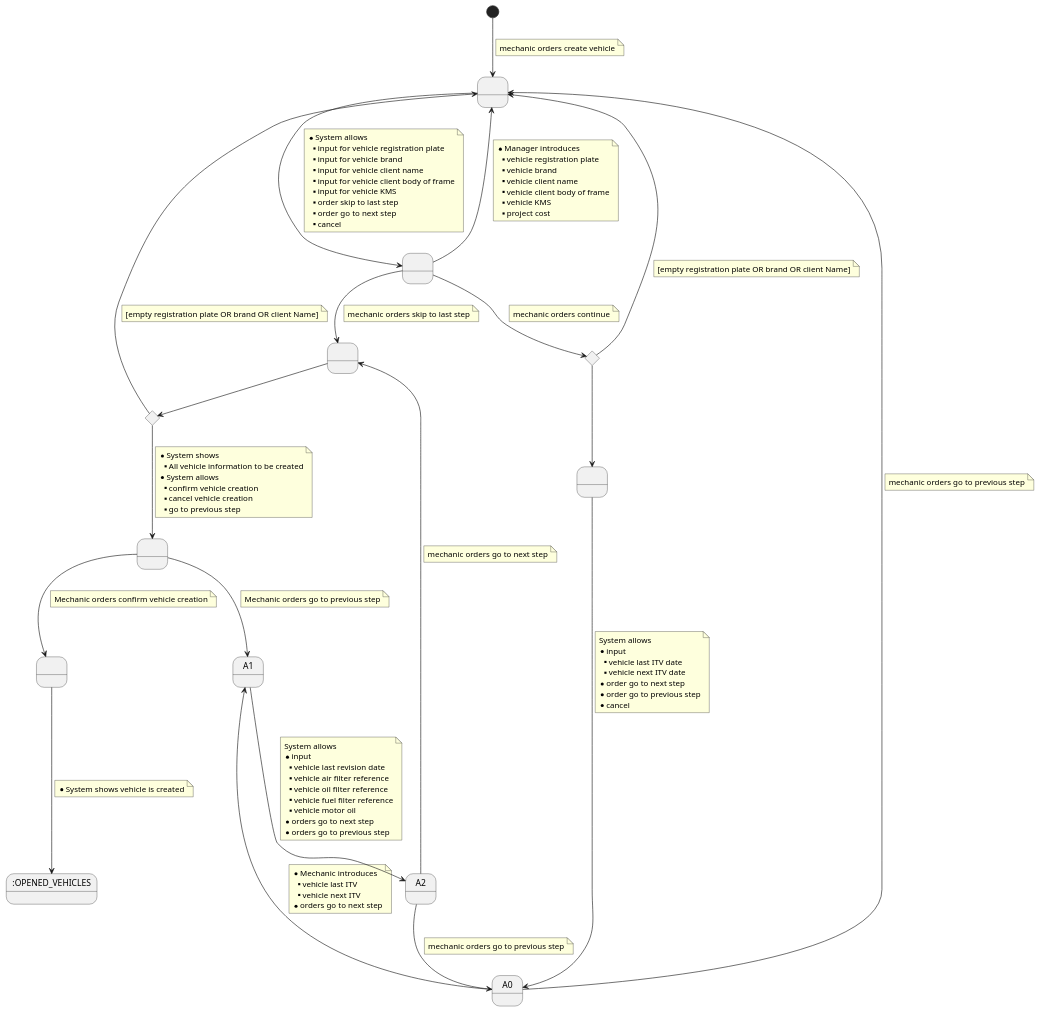
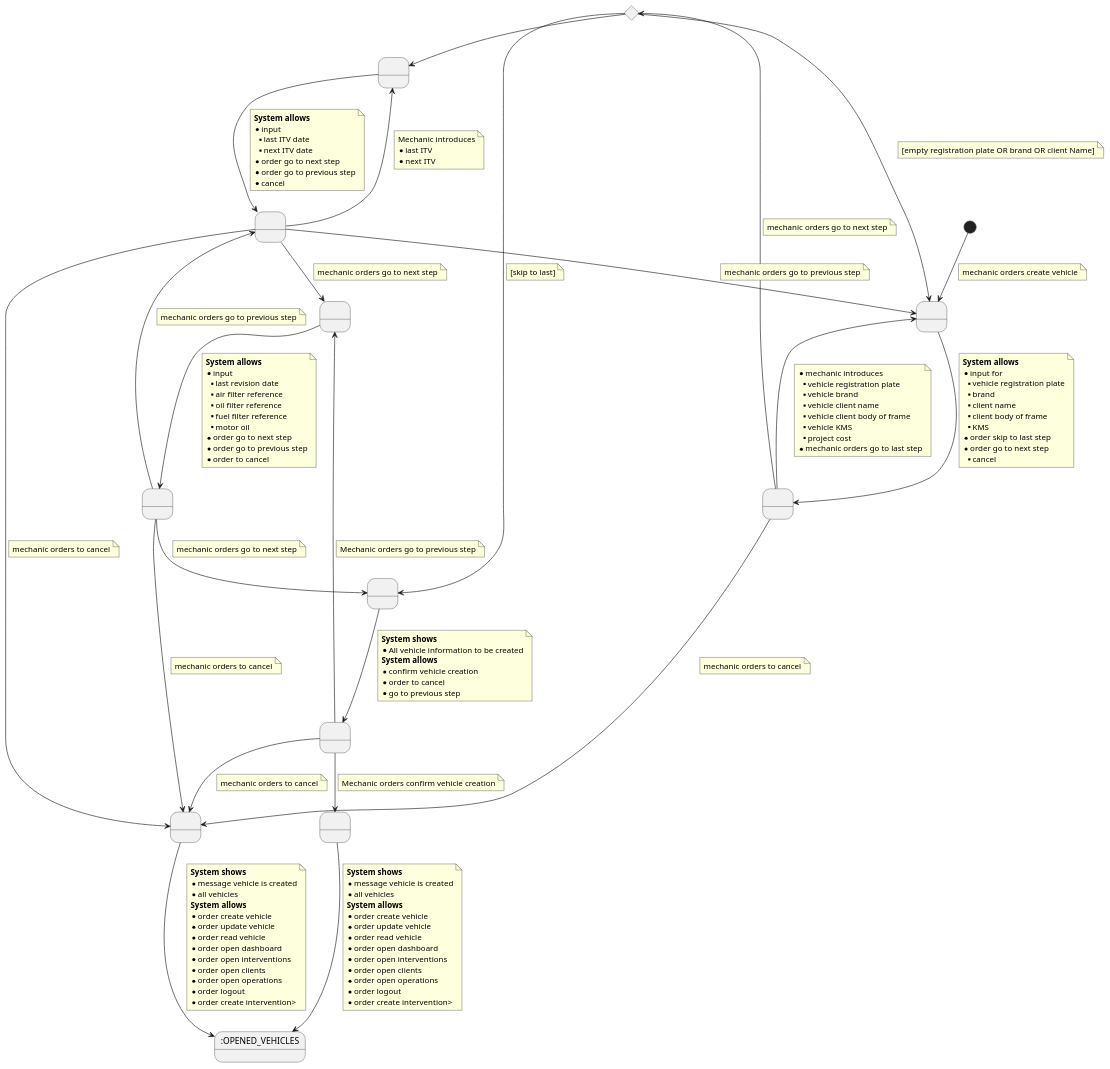
Before and after one commit to Ruskab/agrimManager: the diagram in documentation/requiremets/usecases_specification/puml/createVehicle.puml, drawn with PlantUML. The commit also changed 3 other files, not shown here.

```diff
--- a/documentation/requiremets/usecases_specification/puml/createVehicle.puml
+++ b/documentation/requiremets/usecases_specification/puml/createVehicle.puml
@@ -1,136 +1,190 @@
 @startuml
 
+state 3 <<choice>>
+state 9 as ":OPENED_VEHICLES"
 state 1 as " "
 state 2 as " "
-state 3 <<choice>>
+state 3 as " "
 state 4 as " "
-state 5 as " "
-state 6 <<choice>>
+state 6 as " "
 state 7 as " "
 state 8 as " "
-state 9 as ":OPENED_VEHICLES"
+state 10 as " "
+state A1 as " "
+state A0 as " "
+state A2 as " "
 
 [*] --> 1
 note on link
     mechanic orders create vehicle
 end note
 
 1 --> 2
 note on link
-    * System allows
-    ** input for vehicle registration plate
-    ** input for vehicle brand
-    ** input for vehicle client name
-    ** input for vehicle client body of frame
-    ** input for vehicle KMS
-    ** order skip to last step
-    ** order go to next step
+    <b>System allows</b>
+    * input for
+    ** vehicle registration plate
+    ** brand
+    ** client name
+    ** client body of frame
+    ** KMS
+    * order skip to last step
+    * order go to next step
     ** cancel
 end note
 
 2 --> 1
 note on link
-    * Manager introduces
+    * mechanic introduces
     ** vehicle registration plate
     ** vehicle brand
     ** vehicle client name
     ** vehicle client body of frame
     ** vehicle KMS
     ** project cost
+    * mechanic orders go to last step
+end note
+
+2 --> 10
+note on link
+mechanic orders to cancel
 end note
 
 2 --> 3
 note on link
- mechanic orders continue
+ mechanic orders go to next step
 end note
 
 3 --> 1
 note on link
     [empty registration plate OR brand OR client Name]
 end note
 
+3 --> 6
+note on link
+    [skip to last]
+end note
+
 3 --> 4
 
 4 --> A0
 note on link
-    System allows
+    <b>System allows</b>
     * input
-    **vehicle last ITV date
-    **vehicle next ITV date
+    **last ITV date
+    **next ITV date
     * order go to next step
     * order go to previous step
     * cancel
 end note
 
-A0 --> A1
+A0 --> 4
 note on link
-    * Mechanic introduces
-    ** vehicle last ITV
-    ** vehicle next ITV
-    * orders go to next step
+    Mechanic introduces
+    * last ITV
+    * next ITV
+end note
+
+A0 --> 10
+note on link
+mechanic orders to cancel
 end note
 
 A0 --> 1
 note on link
-    mechanic orders go to previous step
+mechanic orders go to previous step
+end note
+
+A0 --> A1
+note on link
+mechanic orders go to next step
 end note
 
 A1 --> A2
 note on link
-    System allows
+    <b>System allows</b>
     * input
-    ** vehicle last revision date
-    ** vehicle air filter reference
-    ** vehicle oil filter reference
-    ** vehicle fuel filter reference
-    ** vehicle motor oil
-    * orders go to next step
-    * orders go to previous step
+    ** last revision date
+    ** air filter reference
+    ** oil filter reference
+    ** fuel filter reference
+    ** motor oil
+    * order go to next step
+    * order go to previous step
+    * order to cancel
 end note
 
-A2 --> 5
-note on link
- mechanic orders go to next step
-end note
 A2 --> A0
 note on link
     mechanic orders go to previous step
 end note
 
-2 --> 5
+A2 --> 10
 note on link
-    mechanic orders skip to last step
+    mechanic orders to cancel
 end note
 
-5 --> 6
-
-6 --> 1
+A2 --> 6
 note on link
-    [empty registration plate OR brand OR client Name]
+ mechanic orders go to next step
 end note
 
 6 --> 7
 note on link
-    *System shows
-    ** All vehicle information to be created
-    *System allows
-    **confirm vehicle creation
-    **cancel vehicle creation
-    **go to previous step
+    <b>System shows</b>
+    * All vehicle information to be created
+    <b>System allows</b>
+    * confirm vehicle creation
+    * order to cancel
+    * go to previous step
+end note
+
+7 --> A1
+note on link
+    Mechanic orders go to previous step
+end note
+
+7 --> 10
+note on link
+    mechanic orders to cancel
+end note
+
+10 --> 9
+note on link
+<b>System shows</b>
+* message vehicle is created
+* all vehicles
+<b>System allows</b>
+* order create vehicle
+* order update vehicle
+* order read vehicle
+* order open dashboard
+* order open interventions
+* order open clients
+* order open operations
+* order logout
+* order create intervention>
 end note
 
 7 --> 8
 note on link
  Mechanic orders confirm vehicle creation
 end note
 
-7 --> A1
-note on link
-    Mechanic orders go to previous step
-end note
-
 8 --> 9
 note on link
-* System shows vehicle is created
+<b>System shows</b>
+* message vehicle is created
+* all vehicles
+<b>System allows</b>
+* order create vehicle
+* order update vehicle
+* order read vehicle
+* order open dashboard
+* order open interventions
+* order open clients
+* order open operations
+* order logout
+* order create intervention>
 end note
 @enduml
```
